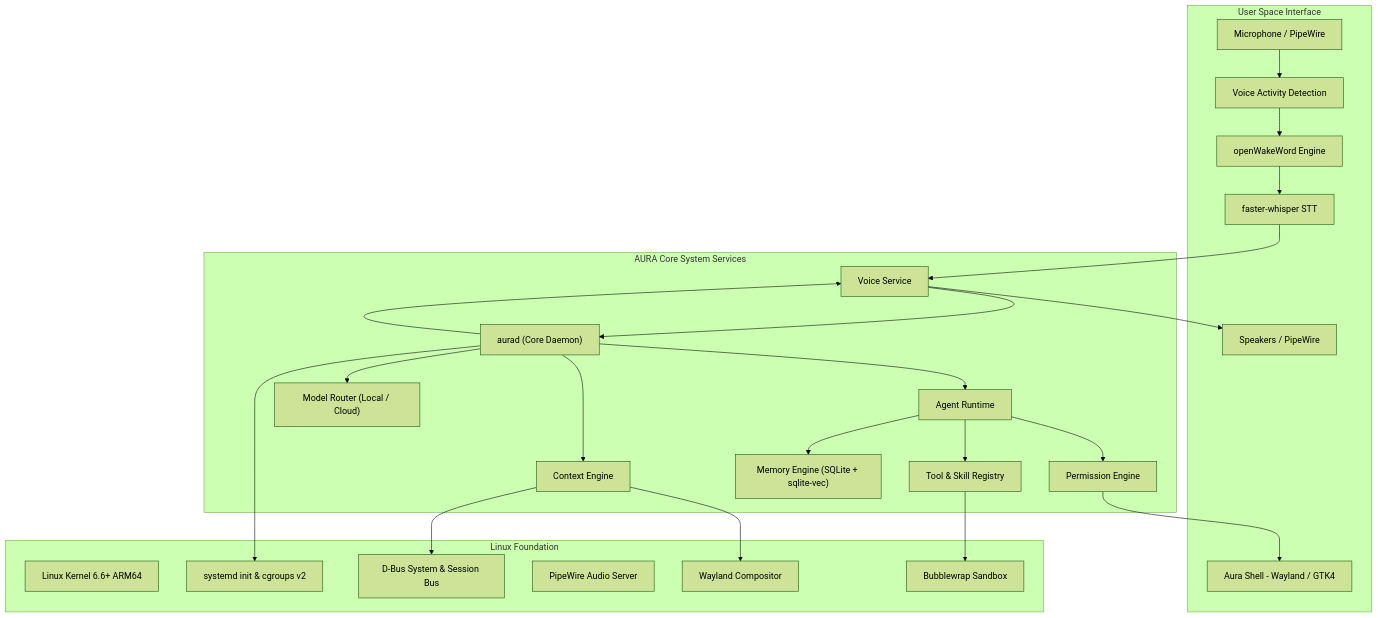
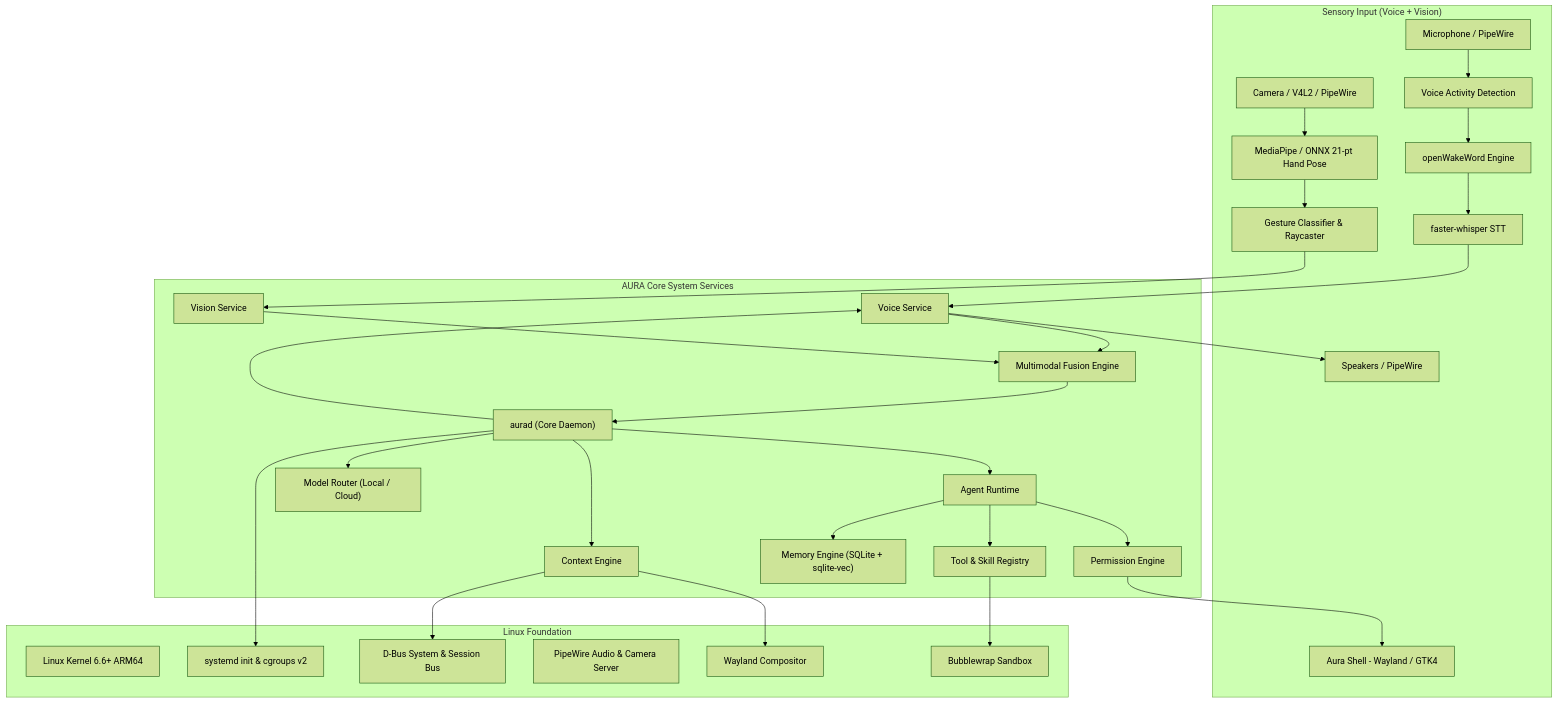
One commit to Aryan-en/Aura-OS changed the diagram in README.md. Above: the diagram before and after it, drawn with Mermaid (forest theme). The commit also changed other lines of this file and 4 other files, not shown here.

Commit message:
docs: add vision and hand gesture subsystem specifications, UI states, and progress tracking

````diff
--- a/README.md
+++ b/README.md
@@ -97,47 +112,54 @@
 ```mermaid
 graph TD
-    subgraph UserSpace["User Space Interface"]
+    subgraph SensoryInput["Sensory Input (Voice + Vision)"]
         Mic[Microphone / PipeWire] --> VAD[Voice Activity Detection]
         VAD --> Wake[openWakeWord Engine]
         Wake --> STT[faster-whisper STT]
+        Cam[Camera / V4L2 / PipeWire] --> Pose[MediaPipe / ONNX 21-pt Hand Pose]
+        Pose --> Gest[Gesture Classifier & Raycaster]
         Shell[Aura Shell - Wayland / GTK4]
         Speaker[Speakers / PipeWire]
     end
 
     subgraph CoreServices["AURA Core System Services"]
         aurad["aurad (Core Daemon)"]
+        FusionEngine["Multimodal Fusion Engine"]
         VoiceService["Voice Service"]
+        VisionService["Vision Service"]
         ContextEngine["Context Engine"]
         AgentRuntime["Agent Runtime"]
         PermissionEngine["Permission Engine"]
         MemoryEngine["Memory Engine (SQLite + sqlite-vec)"]
         ToolRegistry["Tool & Skill Registry"]
         ModelRouter["Model Router (Local / Cloud)"]
     end
 
     subgraph LinuxKernel["Linux Foundation"]
         Kernel[Linux Kernel 6.6+ ARM64]
         systemd[systemd init & cgroups v2]
         DBus[D-Bus System & Session Bus]
-        PipeWire[PipeWire Audio Server]
+        PipeWire[PipeWire Audio & Camera Server]
         Wayland[Wayland Compositor]
         Bwrap[Bubblewrap Sandbox]
     end
 
     %% Wiring
     STT --> VoiceService
-    VoiceService --> aurad
+    Gest --> VisionService
+    VoiceService --> FusionEngine
+    VisionService --> FusionEngine
+    FusionEngine --> aurad
     aurad --> ContextEngine
     aurad --> ModelRouter
     aurad --> AgentRuntime
     AgentRuntime --> PermissionEngine
     PermissionEngine --> Shell
     AgentRuntime --> ToolRegistry
     ToolRegistry --> Bwrap
     AgentRuntime --> MemoryEngine
     aurad --> VoiceService
     VoiceService --> Speaker
     ContextEngine --> Wayland
     ContextEngine --> DBus
     aurad --> systemd
 ```
````
